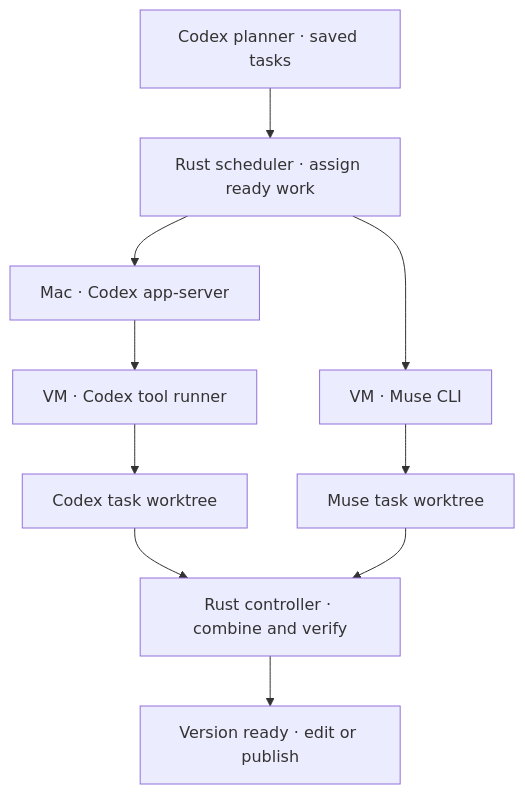
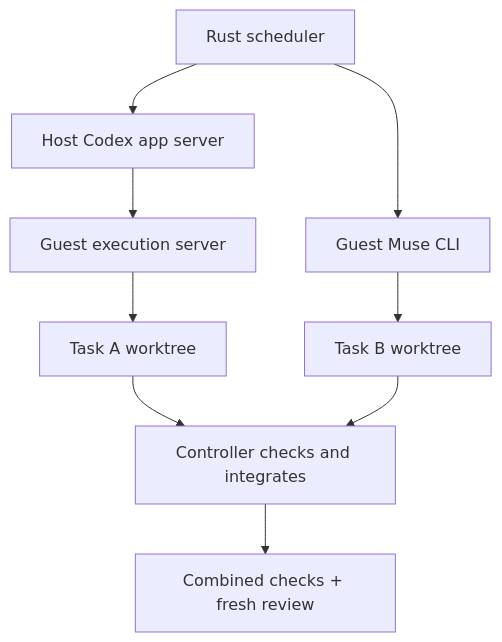
One commit to minimumeffort-dev/sprowt.harness changed the first of 2 diagrams in docs/workers.md. Above: the diagram before and after it, drawn with Mermaid. The commit also changed other lines of this file and 17 other files, not shown here.

````diff
--- a/docs/workers.md
+++ b/docs/workers.md
@@ -49,12 +64,11 @@
 ```mermaid
 flowchart TB
-    plan["Codex planner · saved tasks"] --> schedule["Rust scheduler · assign ready work"]
-    schedule --> codex["Mac · Codex app-server"]
-    schedule --> muse["VM · Muse CLI"]
-    codex --> tools["VM · Codex tool runner"]
-    tools --> a["Codex task worktree"]
-    muse --> b["Muse task worktree"]
-    a --> checks["Rust controller · combine and verify"]
+    schedule["Rust scheduler"] --> codex["Host Codex app server"]
+    schedule --> muse["Guest Muse CLI"]
+    codex --> runner["Guest execution server"]
+    runner --> a["Task A worktree"]
+    muse --> b["Task B worktree"]
+    a --> checks["Controller checks and integrates"]
     b --> checks
-    checks --> ready["Version ready · edit or publish"]
+    checks --> review["Combined checks + fresh review"]
 ```
````
